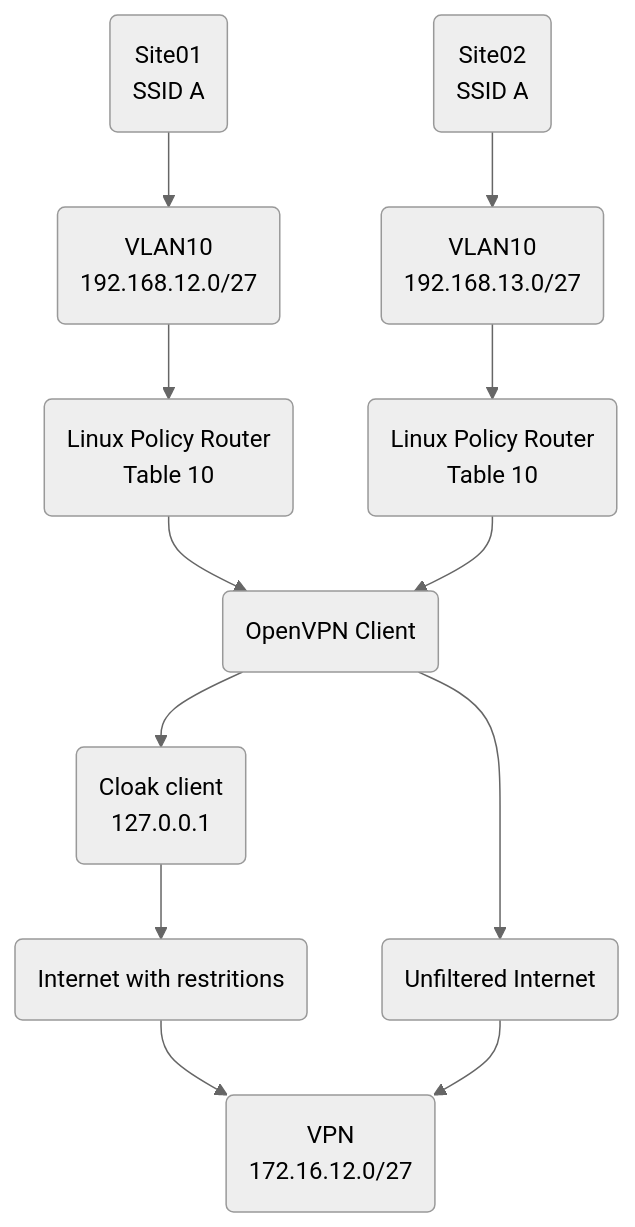
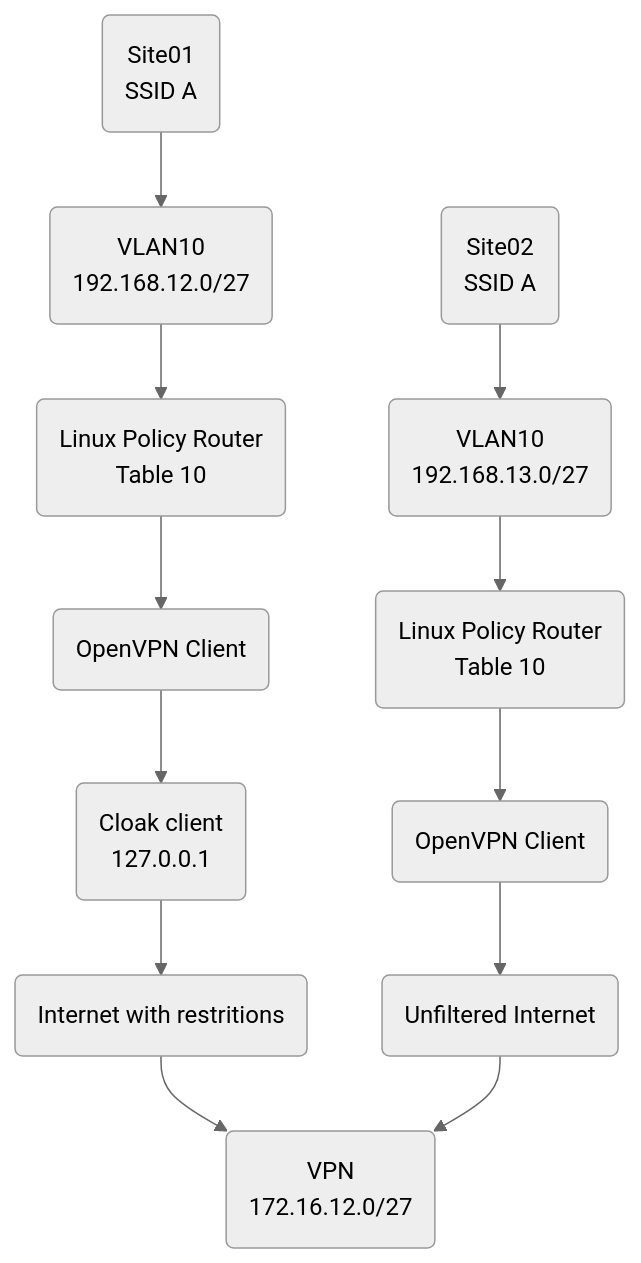
Before and after one commit to timothyclarke/linux-vpn-router: the fourth of 5 diagrams in README.md, drawn with Mermaid (neutral theme).

Commit message:
Updated diagram

````diff
--- a/README.md
+++ b/README.md
@@ -93,5 +93,5 @@
 ```mermaid
 graph TD;
- A01(Site01<br/>SSID A) --> A02(VLAN10<br/>192.168.12.0/27) --> A03(Linux Policy Router<br/>Table 10<br>) --> VPNClient(OpenVPN Client) --> Cloak(Cloak client<br>127.0.0.1) --> InetA(Internet with restritions) --> VPN(VPN<br/>172.16.12.0/27)
- B01(Site02<br/>SSID A) --> B02(VLAN10<br/>192.168.13.0/27) --> B03(Linux Policy Router<br/>Table 10<br>) --> VPNClient --> InetB(Unfiltered Internet) --> VPN
+ A01(Site01<br/>SSID A) --> A02(VLAN10<br/>192.168.12.0/27) --> A03(Linux Policy Router<br/>Table 10<br>) --> A04(OpenVPN Client) --> A05(Cloak client<br>127.0.0.1) --> A06(Internet with restritions) --> VPN(VPN<br/>172.16.12.0/27)
+ B01(Site02<br/>SSID A) --> B02(VLAN10<br/>192.168.13.0/27) --> B03(Linux Policy Router<br/>Table 10<br>) --> B04(OpenVPN Client) --> B06(Unfiltered Internet) --> VPN
 ```
````
